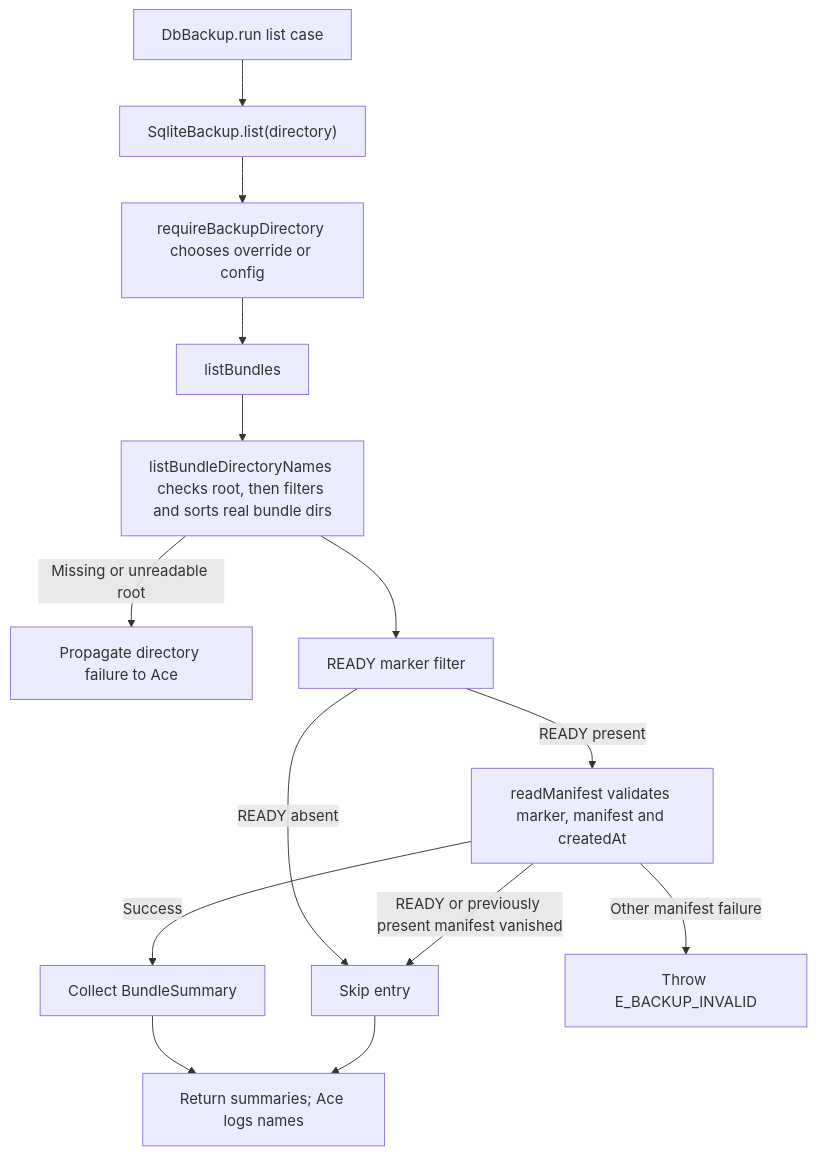
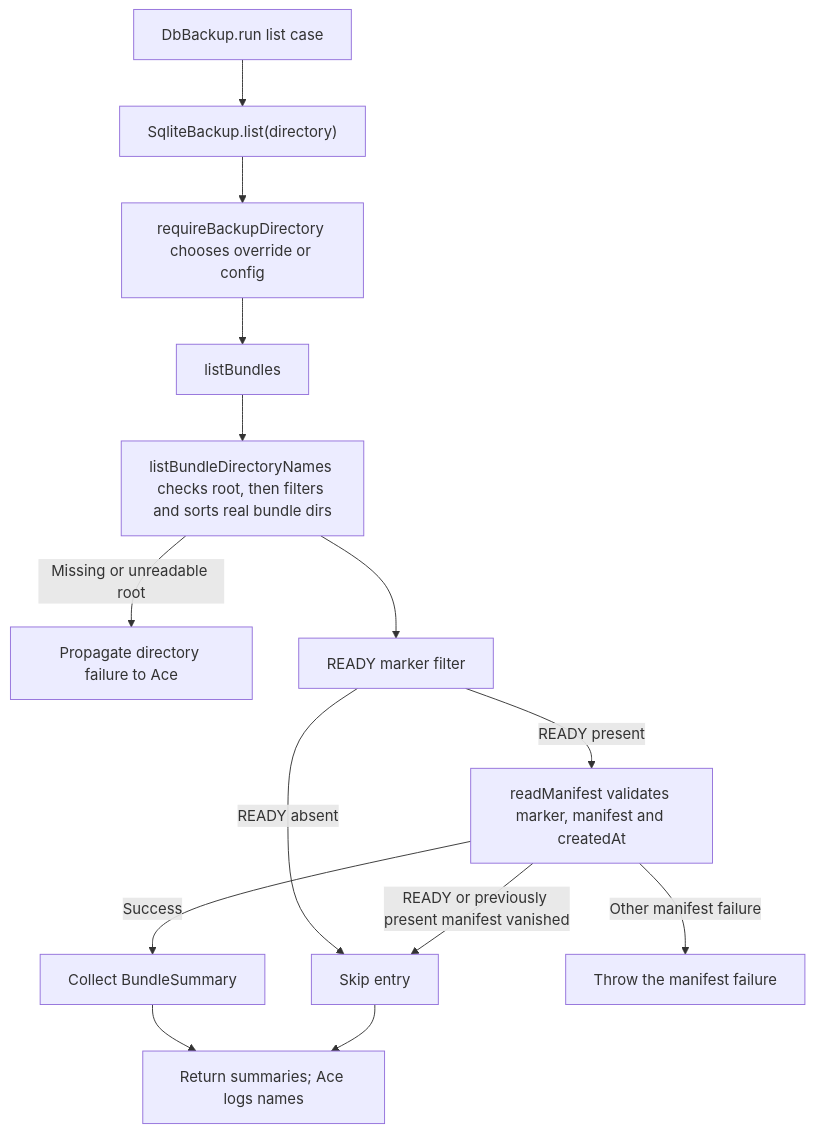
Before and after one commit to Kevinjohn/oss-adonisjs-sqlite-backup: the second of 2 diagrams in user-stories/list-bundles/us-op-02-list-bundles.md, drawn with Mermaid. The commit also changed 35 other files, not shown here.

````diff
--- a/user-stories/list-bundles/us-op-02-list-bundles.md
+++ b/user-stories/list-bundles/us-op-02-list-bundles.md
@@ -41,16 +41,16 @@
 ```mermaid
 flowchart TD
     A["DbBackup.run list case"] --> B["SqliteBackup.list(directory)"]
     B --> C["requireBackupDirectory chooses override or config"]
     C --> D["listBundles"]
     D --> E["listBundleDirectoryNames checks root, then filters and sorts real bundle dirs"]
     E -->|Missing or unreadable root| R["Propagate directory failure to Ace"]
     E --> F["READY marker filter"]
     F -->|READY absent| X["Skip entry"]
     F -->|READY present| G["readManifest validates marker, manifest and createdAt"]
     G -->|Success| H["Collect BundleSummary"]
     G -->|READY or previously present manifest vanished| X
-    G -->|Other manifest failure| I["Throw E_BACKUP_INVALID"]
+    G -->|Other manifest failure| I["Throw the manifest failure"]
     H --> J["Return summaries; Ace logs names"]
     X --> J
 ```
````
